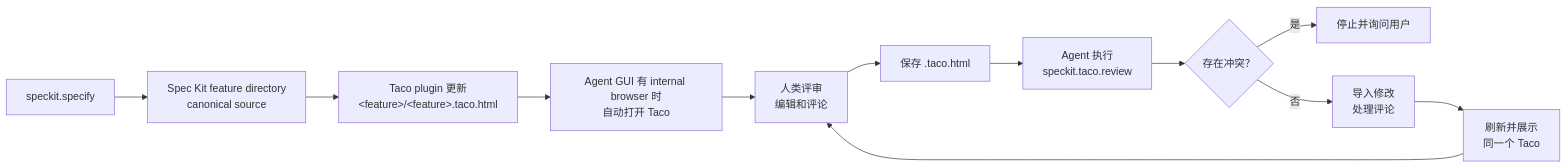
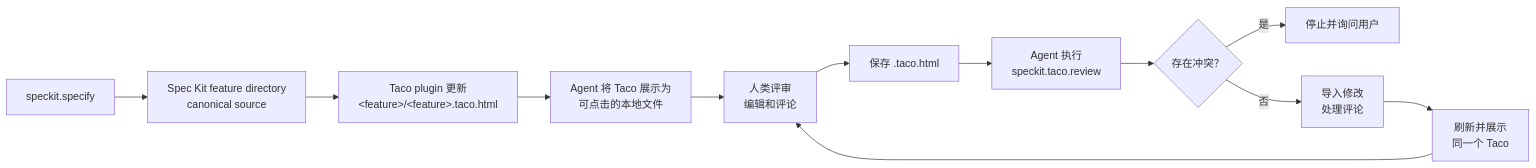
Before and after one commit to Arcadia822/taco: the diagram in README.zh-CN.md, drawn with Mermaid. The commit also changed other lines of this file and 57 other files, not shown here.

````diff
--- a/README.zh-CN.md
+++ b/README.zh-CN.md
@@ -47,14 +47,14 @@
 ```mermaid
 flowchart LR
     A["speckit.specify"] --> B["Spec Kit feature directory<br/>canonical source"]
     B --> C["Taco plugin 更新<br/>&lt;feature&gt;/&lt;feature&gt;.taco.html"]
-    C --> D["Agent GUI 有 internal browser 时<br/>自动打开 Taco"]
+    C --> D["Agent 将 Taco 展示为<br/>可点击的本地文件"]
     D --> E["人类评审<br/>编辑和评论"]
     E --> F["保存 .taco.html"]
     F --> G["Agent 执行<br/>speckit.taco.review"]
     G --> H{"存在冲突？"}
     H -- "是" --> I["停止并询问用户"]
     H -- "否" --> J["导入修改<br/>处理评论"]
     J --> K["刷新并展示<br/>同一个 Taco"]
     K --> E
 ```
````
